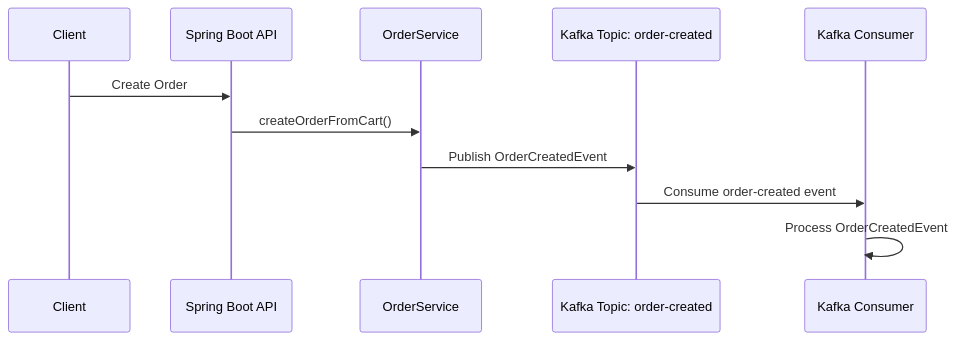
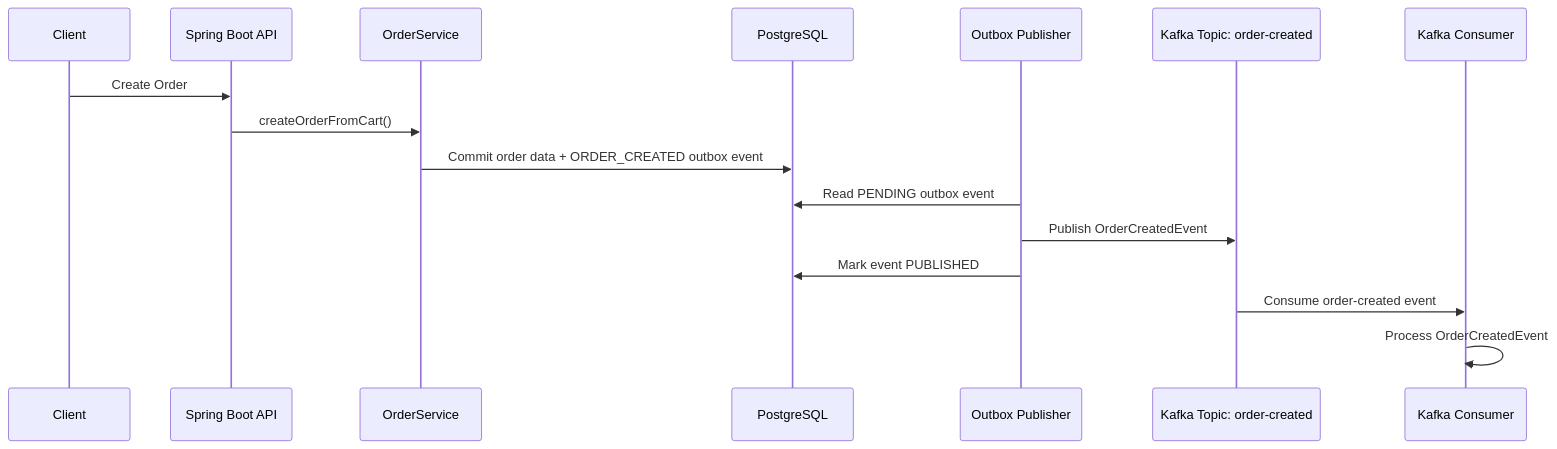
The first of 3 diagrams in README.md (ravan-chuang/spring-boot-ecommerce-backend), drawn with Mermaid before and after one commit. The commit also changed other lines of this file, not shown here.

Commit message:
docs: add transactional outbox and failure governance

````diff
--- a/README.md
+++ b/README.md
@@ -138,14 +141,19 @@
 ```mermaid
 sequenceDiagram
     participant Client
     participant API as Spring Boot API
     participant OrderService
+    participant DB as PostgreSQL
+    participant Publisher as Outbox Publisher
     participant Kafka as Kafka Topic: order-created
     participant Consumer as Kafka Consumer
 
     Client->>API: Create Order
     API->>OrderService: createOrderFromCart()
-    OrderService->>Kafka: Publish OrderCreatedEvent
+    OrderService->>DB: Commit order data + ORDER_CREATED outbox event
+    Publisher->>DB: Read PENDING outbox event
+    Publisher->>Kafka: Publish OrderCreatedEvent
+    Publisher->>DB: Mark event PUBLISHED
     Kafka->>Consumer: Consume order-created event
     Consumer->>Consumer: Process OrderCreatedEvent
 ```
````
